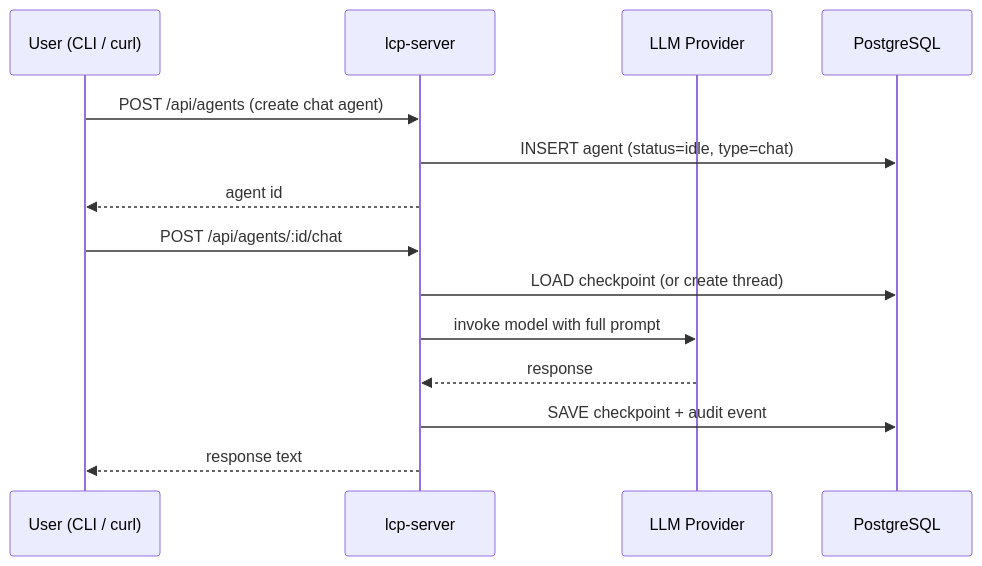
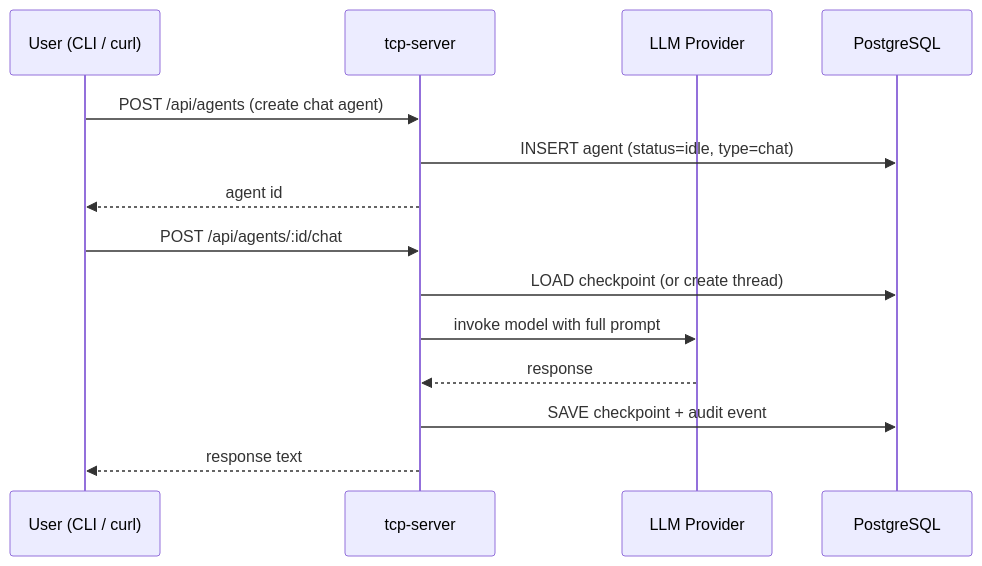
The diagram in docs/manual-testing/03-chat-agents.md (instantiator/tcp-server), drawn with Mermaid before and after one commit. The commit also changed other lines of this file and 112 other files, not shown here.

First line of the commit message:
Rename LCP env vars and documentation to TCP (011.1.1 units 6-7)

````diff
--- a/docs/manual-testing/03-chat-agents.md
+++ b/docs/manual-testing/03-chat-agents.md
@@ -9,18 +9,18 @@
 ```mermaid
 sequenceDiagram
     participant U as User (CLI / curl)
-    participant S as lcp-server
+    participant S as tcp-server
     participant LLM as LLM Provider
     participant DB as PostgreSQL
 
     U->>S: POST /api/agents (create chat agent)
     S->>DB: INSERT agent (status=idle, type=chat)
     S-->>U: agent id
 
     U->>S: POST /api/agents/:id/chat
     S->>DB: LOAD checkpoint (or create thread)
     S->>LLM: invoke model with full prompt
     LLM-->>S: response
     S->>DB: SAVE checkpoint + audit event
     S-->>U: response text
 ```
````
